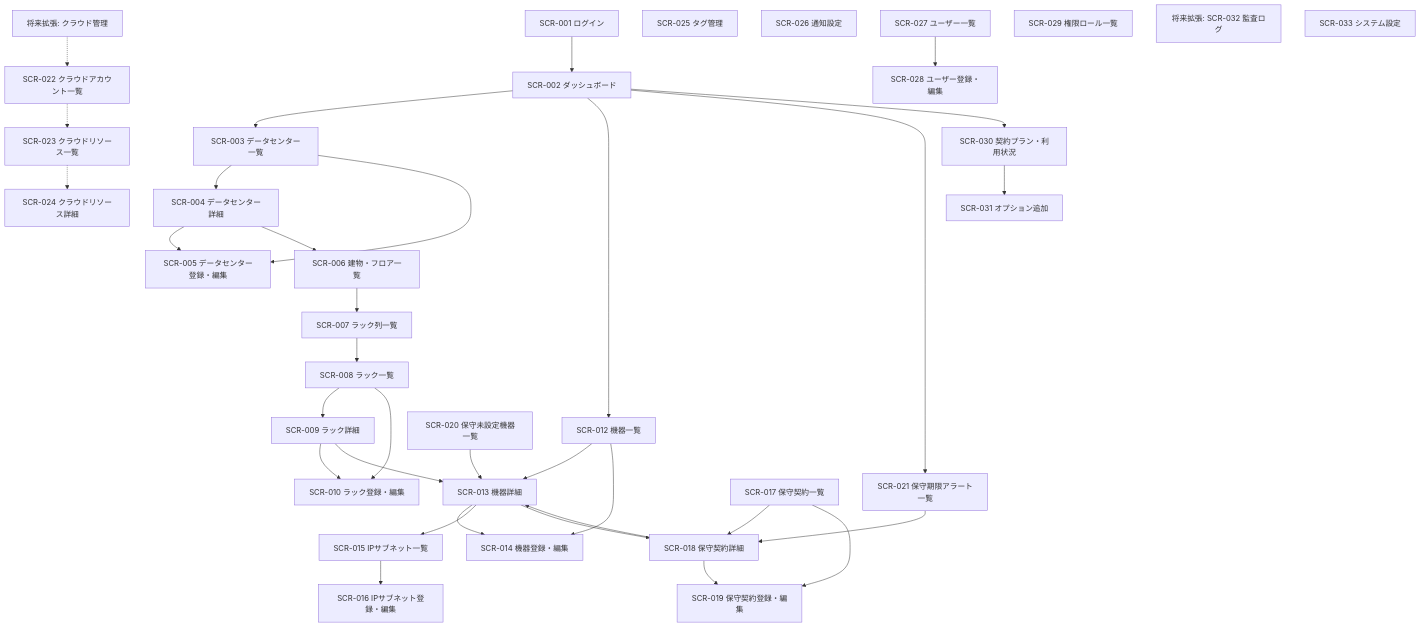
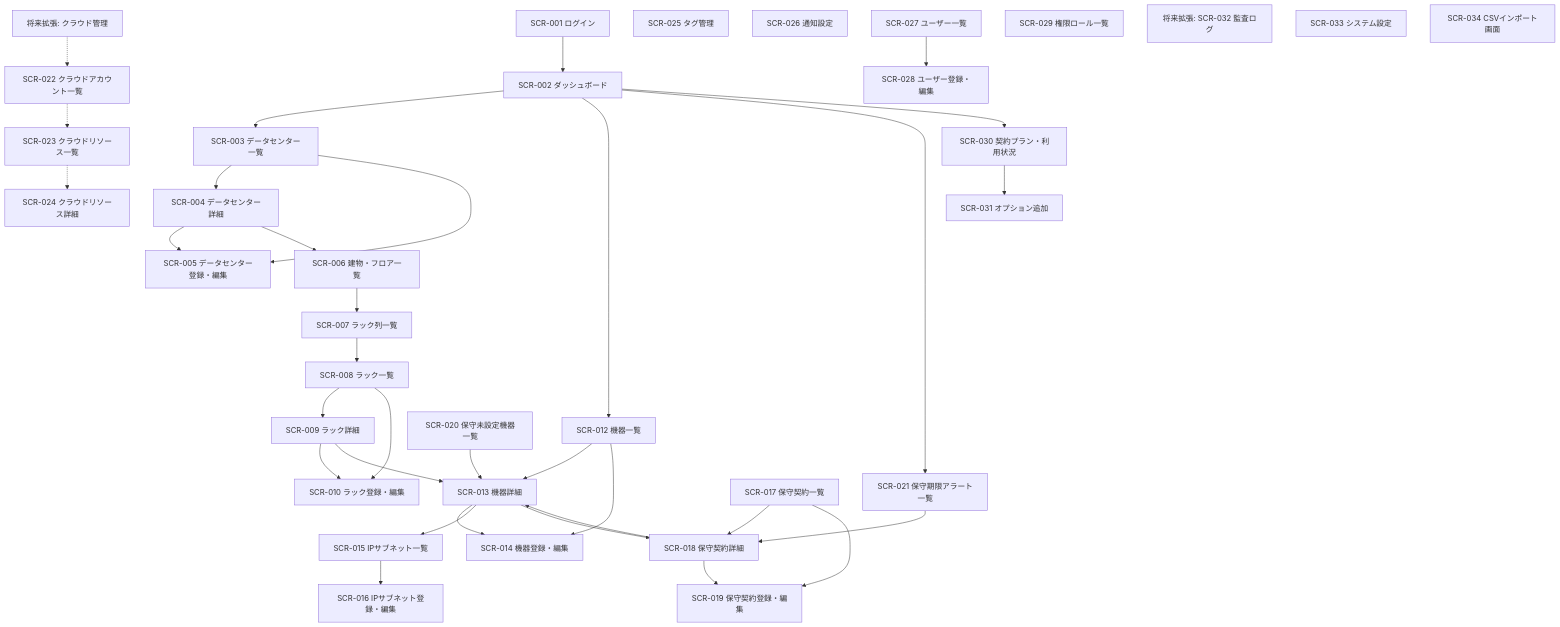
The first of 4 diagrams in docs/03_basic_design/02_screen_transition.md (D03456/dcim), drawn with Mermaid before and after one commit. The commit also changed other lines of this file and 3 other files, not shown here.

````diff
--- a/docs/03_basic_design/02_screen_transition.md
+++ b/docs/03_basic_design/02_screen_transition.md
@@ -17,47 +17,48 @@
 ```mermaid
 flowchart TD
     Login[SCR-001 ログイン] --> Dashboard[SCR-002 ダッシュボード]
 
     Dashboard --> DCList[SCR-003 データセンター一覧]
     Dashboard --> DeviceList[SCR-012 機器一覧]
     Dashboard --> MaintenanceAlert[SCR-021 保守期限アラート一覧]
     Dashboard --> Usage[SCR-030 契約プラン・利用状況]
 
     DCList --> DCDetail[SCR-004 データセンター詳細]
     DCList --> DCEdit[SCR-005 データセンター登録・編集]
     DCDetail --> DCEdit
     DCDetail --> BuildingFloor[SCR-006 建物・フロア一覧]
     BuildingFloor --> RackRow[SCR-007 ラック列一覧]
     RackRow --> RackList[SCR-008 ラック一覧]
     RackList --> RackDetail[SCR-009 ラック詳細]
     RackList --> RackEdit[SCR-010 ラック登録・編集]
     RackDetail --> RackEdit
     RackDetail --> DeviceDetail[SCR-013 機器詳細]
 
     DeviceList --> DeviceDetail
     DeviceList --> DeviceEdit[SCR-014 機器登録・編集]
     DeviceDetail --> DeviceEdit
     DeviceDetail --> IPList[SCR-015 IPサブネット一覧]
     DeviceDetail --> MaintenanceDetail[SCR-018 保守契約詳細]
 
     IPList --> IPEdit[SCR-016 IPサブネット登録・編集]
 
     MaintenanceList[SCR-017 保守契約一覧] --> MaintenanceDetail
     MaintenanceList --> MaintenanceEdit[SCR-019 保守契約登録・編集]
     MaintenanceDetail --> MaintenanceEdit
     MaintenanceDetail --> DeviceDetail
     NoMaintenance[SCR-020 保守未設定機器一覧] --> DeviceDetail
     MaintenanceAlert --> MaintenanceDetail
 
     FutureCloud[将来拡張: クラウド管理] -.-> CloudAccount[SCR-022 クラウドアカウント一覧]
     CloudAccount -.-> CloudResourceList[SCR-023 クラウドリソース一覧]
     CloudResourceList -.-> CloudResourceDetail[SCR-024 クラウドリソース詳細]
 
     Tag[SCR-025 タグ管理]
     Notification[SCR-026 通知設定]
     UserList[SCR-027 ユーザー一覧] --> UserEdit[SCR-028 ユーザー登録・編集]
     Role[SCR-029 権限ロール一覧]
     Usage --> Option[SCR-031 オプション追加]
     FutureAudit[将来拡張: SCR-032 監査ログ]
     SystemSetting[SCR-033 システム設定]
+    CsvImport[SCR-034 CSVインポート画面]
 ```
````
